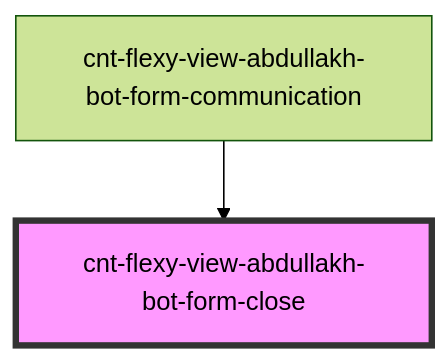
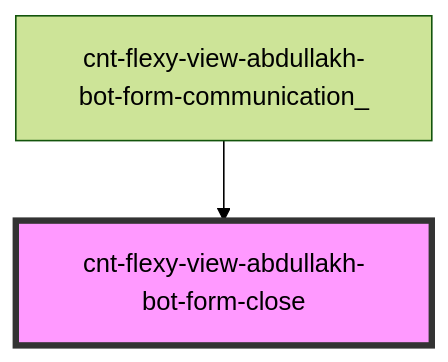
The diagram in src/components/cnt-flexy-view-abdullakh-bot-form-communication/res/view/cnt-flexy-view-abdullakh-bot-form-communication/res/view/cnt-flexy-view-abdullakh-bot-form-close/readme.md (Wokh-Dada/botdevelopmentapp), drawn with Mermaid (forest theme) before and after one commit. The commit also changed other lines of this file and 34 other files, not shown here.

````diff
--- a/src/components/cnt-flexy-view-abdullakh-bot-form-communication/res/view/cnt-flexy-view-abdullakh-bot-form-communication/res/view/cnt-flexy-view-abdullakh-bot-form-close/readme.md
+++ b/src/components/cnt-flexy-view-abdullakh-bot-form-communication/res/view/cnt-flexy-view-abdullakh-bot-form-communication/res/view/cnt-flexy-view-abdullakh-bot-form-close/readme.md
@@ -22,5 +22,5 @@
 ```mermaid
 graph TD;
-  cnt-flexy-view-abdullakh-bot-form-communication --> cnt-flexy-view-abdullakh-bot-form-close
+  cnt-flexy-view-abdullakh-bot-form-communication_ --> cnt-flexy-view-abdullakh-bot-form-close
   style cnt-flexy-view-abdullakh-bot-form-close fill:#f9f,stroke:#333,stroke-width:4px
 ```
````
